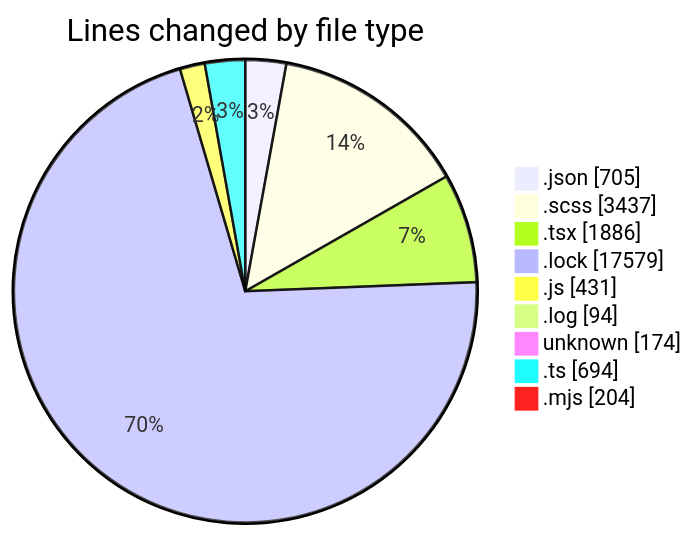
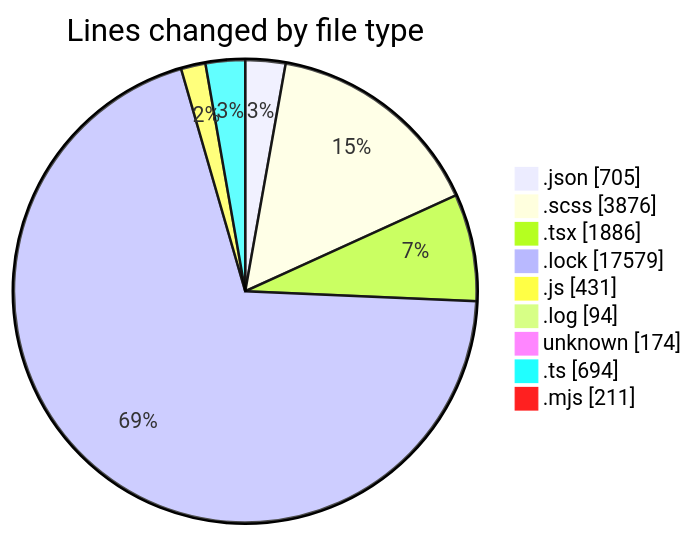
Before and after one commit to momahboobian/code-tracking: the first of 2 diagrams in 2026-08-11/cda/README.md, drawn with Mermaid. The commit also changed other lines of this file and 1 other file, not shown here.

````diff
--- a/2026-08-11/cda/README.md
+++ b/2026-08-11/cda/README.md
@@ -63,13 +64,13 @@
 ```mermaid
 pie showData
 title Lines changed by file type
 ".json" : 705
-".scss" : 3437
+".scss" : 3876
 ".tsx" : 1886
 ".lock" : 17579
 ".js" : 431
 ".log" : 94
 "unknown" : 174
 ".ts" : 694
-".mjs" : 204
+".mjs" : 211
 ```
````
